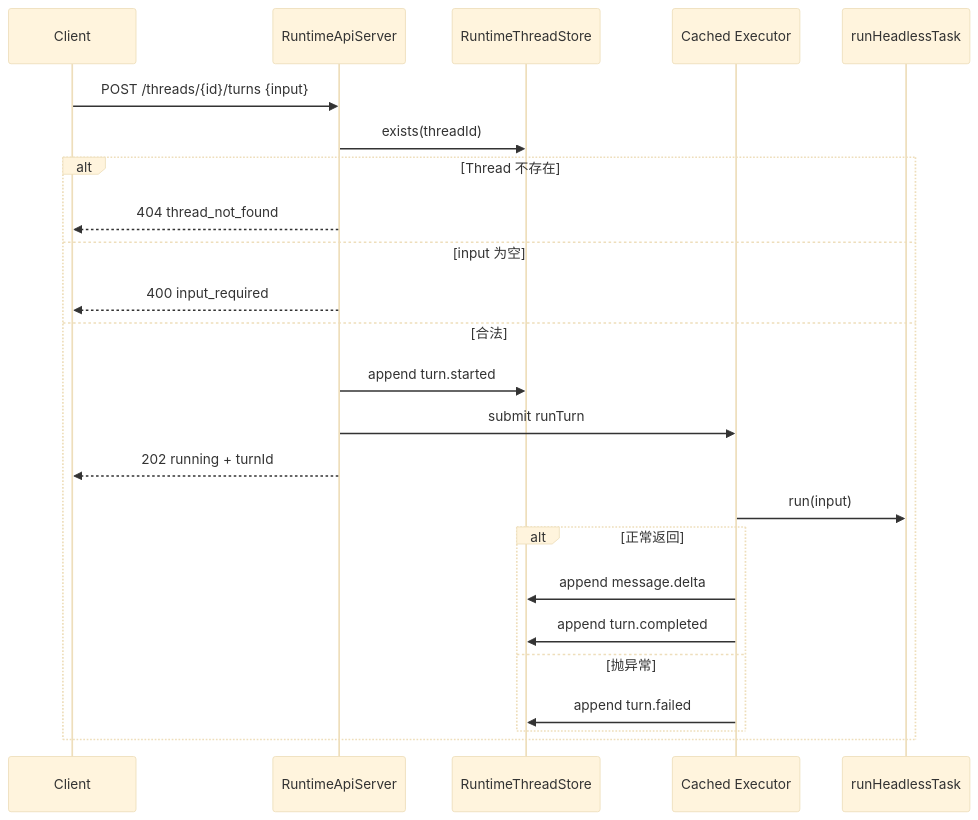
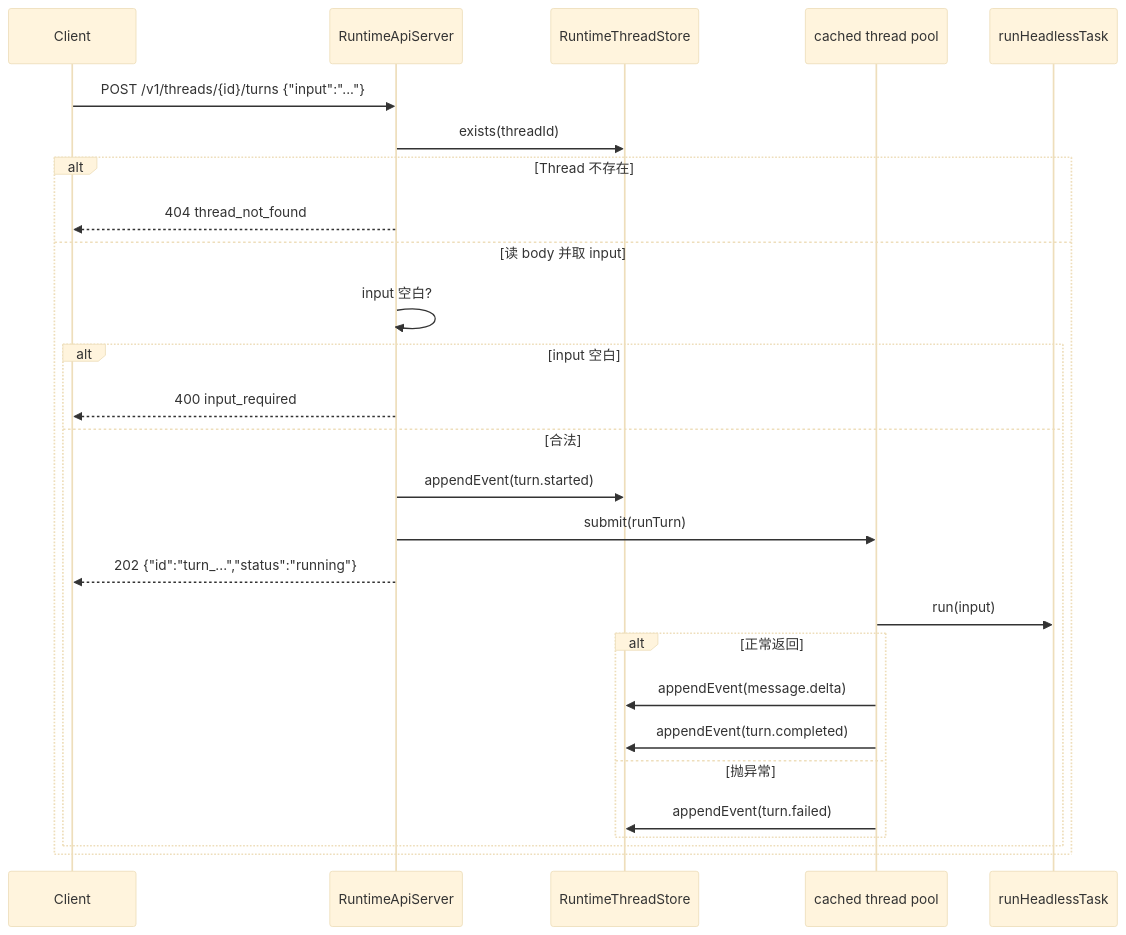
Before and after one commit to zgjdev/Code-Agent: the fourth of 5 diagrams in docs/dev/05-runtime-api-tasks.md, drawn with Mermaid (base theme). The commit also changed other lines of this file and 5 other files, not shown here.

````diff
--- a/docs/dev/05-runtime-api-tasks.md
+++ b/docs/dev/05-runtime-api-tasks.md
@@ -260,27 +626,30 @@
 ```mermaid
 sequenceDiagram
     participant C as Client
     participant API as RuntimeApiServer
     participant Store as RuntimeThreadStore
-    participant Exec as Cached Executor
+    participant Exec as cached thread pool
     participant Runner as runHeadlessTask
 
-    C->>API: POST /threads/{id}/turns {input}
+    C->>API: POST /v1/threads/{id}/turns {"input":"..."}
     API->>Store: exists(threadId)
     alt Thread 不存在
         API-->>C: 404 thread_not_found
-    else input 为空
-        API-->>C: 400 input_required
-    else 合法
-        API->>Store: append turn.started
-        API->>Exec: submit runTurn
-        API-->>C: 202 running + turnId
-        Exec->>Runner: run(input)
-        alt 正常返回
-            Exec->>Store: append message.delta
-            Exec->>Store: append turn.completed
-        else 抛异常
-            Exec->>Store: append turn.failed
+    else 读 body 并取 input
+        API->>API: input 空白?
+        alt input 空白
+            API-->>C: 400 input_required
+        else 合法
+            API->>Store: appendEvent(turn.started)
+            API->>Exec: submit(runTurn)
+            API-->>C: 202 {"id":"turn_...","status":"running"}
+            Exec->>Runner: run(input)
+            alt 正常返回
+                Exec->>Store: appendEvent(message.delta)
+                Exec->>Store: appendEvent(turn.completed)
+            else 抛异常
+                Exec->>Store: appendEvent(turn.failed)
+            end
         end
     end
 ```
````
